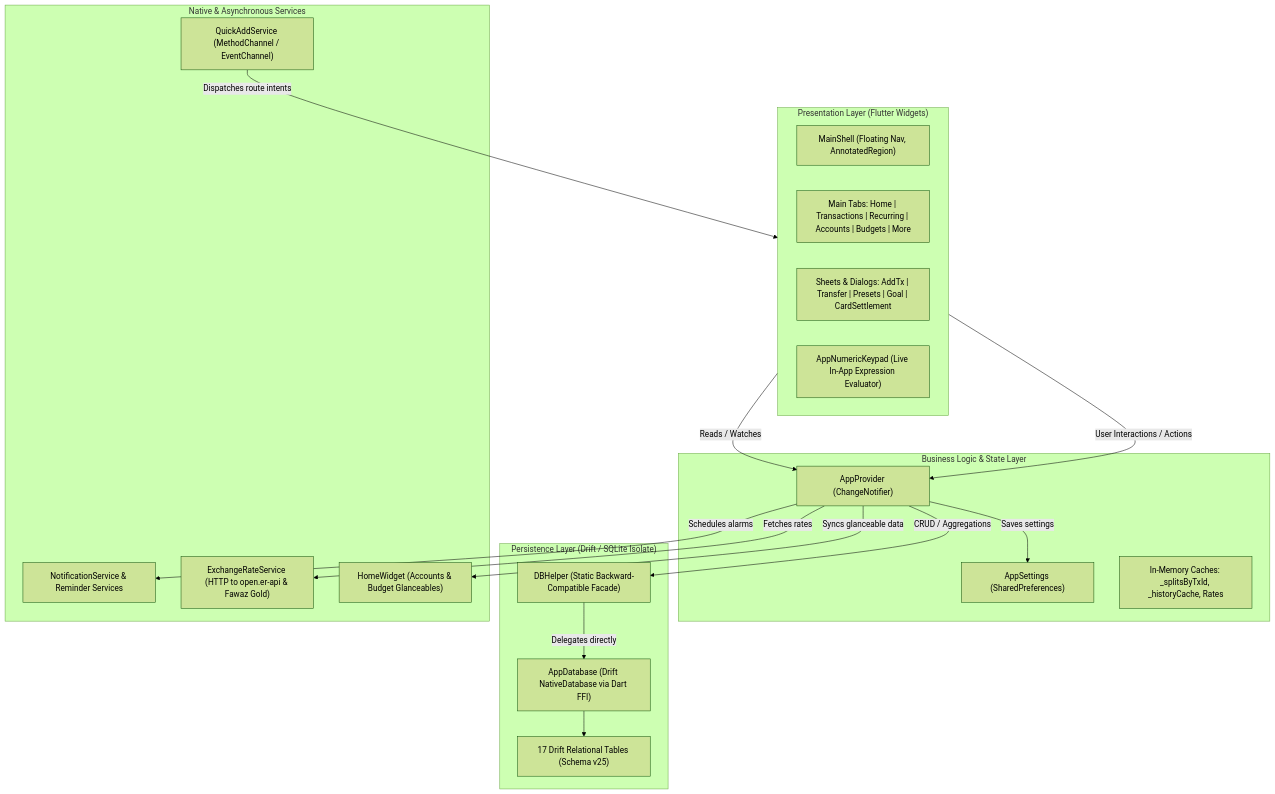
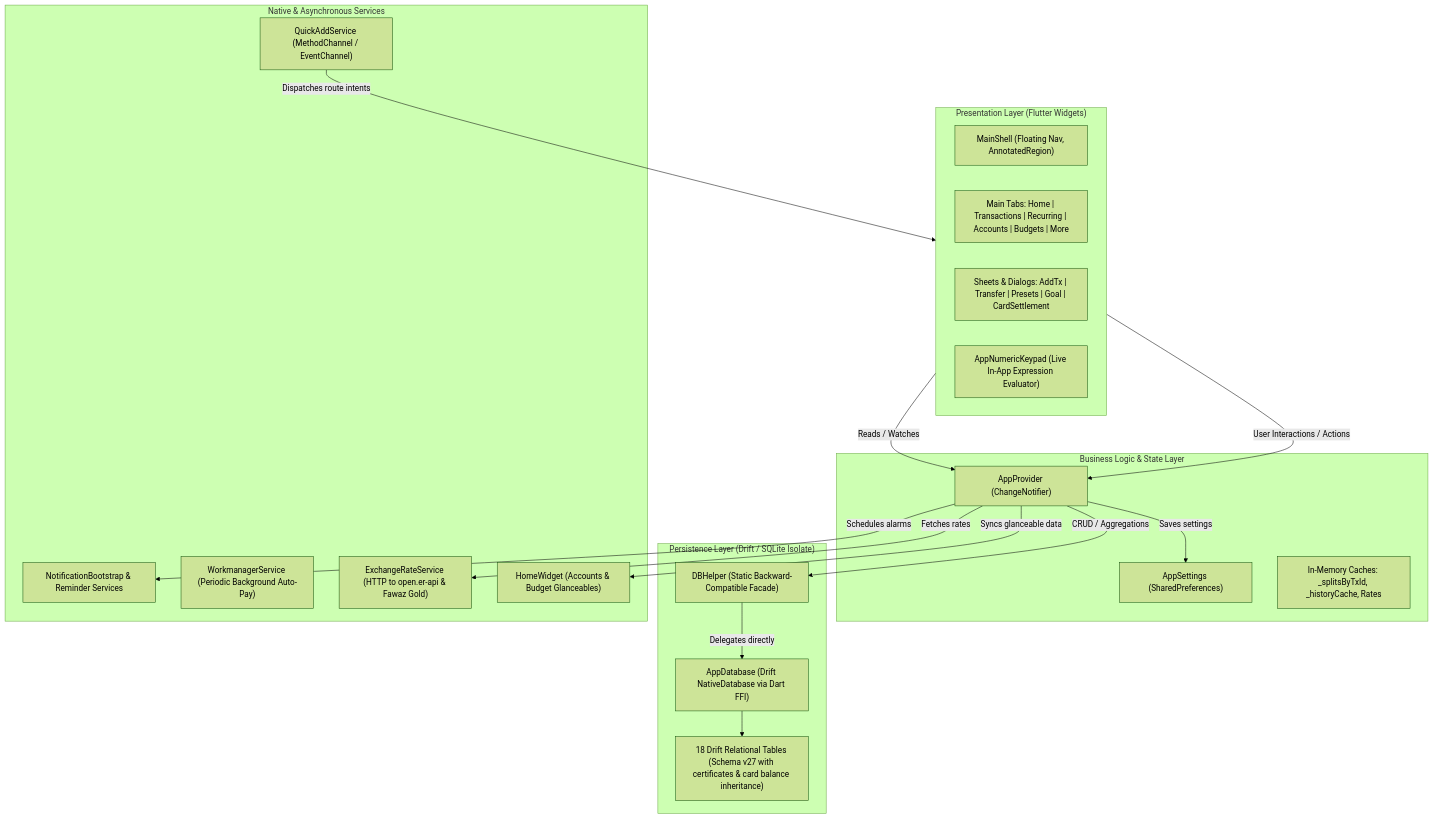
Before and after one commit to mina-android/Expensy: the first of 9 diagrams in STRUCTURE.md, drawn with Mermaid (forest theme). The commit also changed other lines of this file and 184 other files, not shown here.

````diff
--- a/STRUCTURE.md
+++ b/STRUCTURE.md
@@ -11,39 +11,40 @@
 ```mermaid
 flowchart TD
     subgraph UI ["Presentation Layer (Flutter Widgets)"]
         Shell["MainShell (Floating Nav, AnnotatedRegion)"]
         Tabs["Main Tabs: Home | Transactions | Recurring | Accounts | Budgets | More"]
         Modals["Sheets & Dialogs: AddTx | Transfer | Presets | Goal | CardSettlement"]
         Keypad["AppNumericKeypad (Live In-App Expression Evaluator)"]
     end
 
     subgraph State ["Business Logic & State Layer"]
         AppProv["AppProvider (ChangeNotifier)"]
         Settings["AppSettings (SharedPreferences)"]
         Cache["In-Memory Caches: _splitsByTxId, _historyCache, Rates"]
     end
 
     subgraph Database ["Persistence Layer (Drift / SQLite Isolate)"]
         AppDB["AppDatabase (Drift NativeDatabase via Dart FFI)"]
         Facade["DBHelper (Static Backward-Compatible Facade)"]
-        Tables["17 Drift Relational Tables (Schema v25)"]
+        Tables["18 Drift Relational Tables (Schema v27 with certificates & card balance inheritance)"]
     end
 
     subgraph Background ["Native & Asynchronous Services"]
-        Notif["NotificationService & Reminder Services"]
+        Notif["NotificationBootstrap & Reminder Services"]
+        WM["WorkmanagerService (Periodic Background Auto-Pay)"]
         ERService["ExchangeRateService (HTTP to open.er-api & Fawaz Gold)"]
         Widgets["HomeWidget (Accounts & Budget Glanceables)"]
         QuickAdd["QuickAddService (MethodChannel / EventChannel)"]
     end
 
     UI -->|Reads / Watches| AppProv
     UI -->|User Interactions / Actions| AppProv
     AppProv -->|CRUD / Aggregations| Facade
     Facade -->|Delegates directly| AppDB
     AppDB --> Tables
     AppProv -->|Saves settings| Settings
     AppProv -->|Schedules alarms| Notif
     AppProv -->|Fetches rates| ERService
     AppProv -->|Syncs glanceable data| Widgets
     QuickAdd -->|Dispatches route intents| UI
 ```
````
